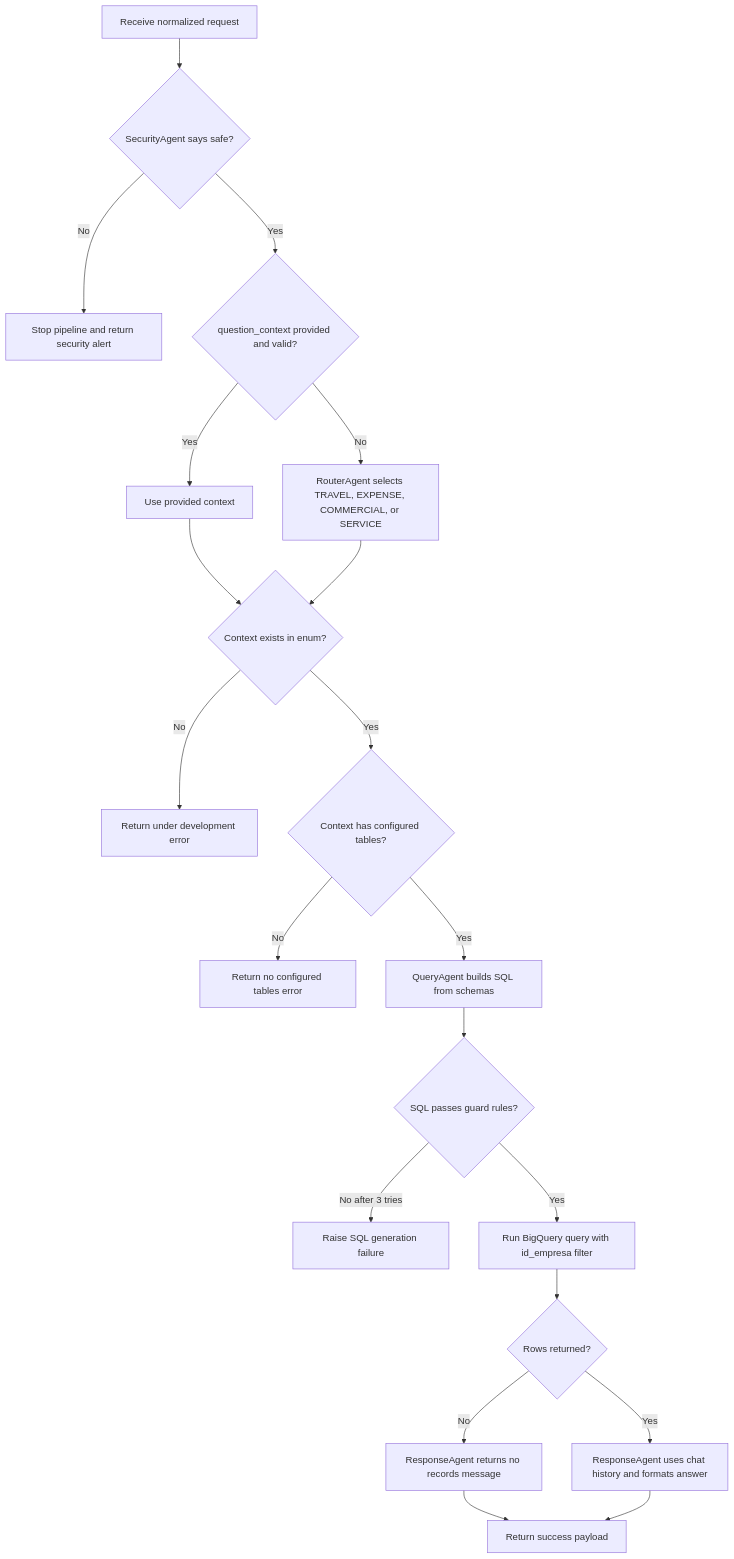
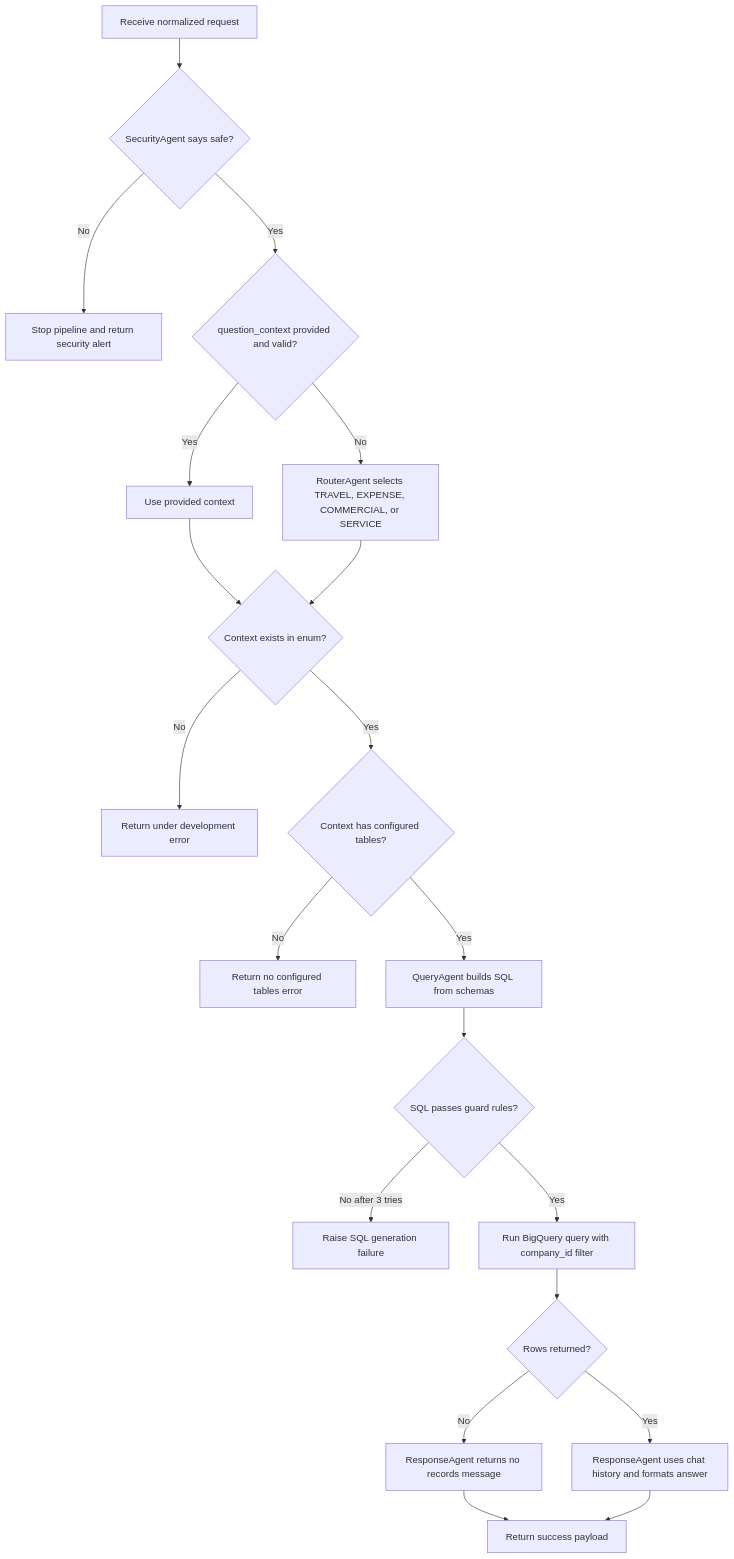
Before and after one commit to ManuelVenturaNeto/Agent-IA-Gemini-Bigquery: the second of 2 diagrams in backend/README.md, drawn with Mermaid. The commit also changed other lines of this file and 60 other files, not shown here.

````diff
--- a/backend/README.md
+++ b/backend/README.md
@@ -146,22 +148,22 @@
 ```mermaid
 flowchart TD
     A[Receive normalized request] --> B{SecurityAgent says safe?}
     B -->|No| C[Stop pipeline and return security alert]
     B -->|Yes| D{question_context provided and valid?}
     D -->|Yes| E[Use provided context]
     D -->|No| F[RouterAgent selects TRAVEL, EXPENSE, COMMERCIAL, or SERVICE]
     E --> G{Context exists in enum?}
     F --> G
     G -->|No| H[Return under development error]
     G -->|Yes| I{Context has configured tables?}
     I -->|No| J[Return no configured tables error]
     I -->|Yes| K[QueryAgent builds SQL from schemas]
     K --> L{SQL passes guard rules?}
     L -->|No after 3 tries| M[Raise SQL generation failure]
-    L -->|Yes| N[Run BigQuery query with id_empresa filter]
+    L -->|Yes| N[Run BigQuery query with company_id filter]
     N --> O{Rows returned?}
     O -->|No| P[ResponseAgent returns no records message]
     O -->|Yes| Q[ResponseAgent uses chat history and formats answer]
     P --> R[Return success payload]
     Q --> R
 ```
````
